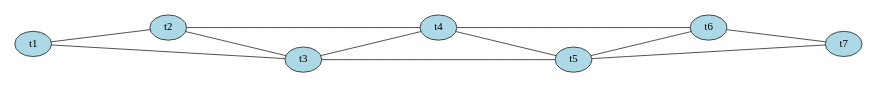
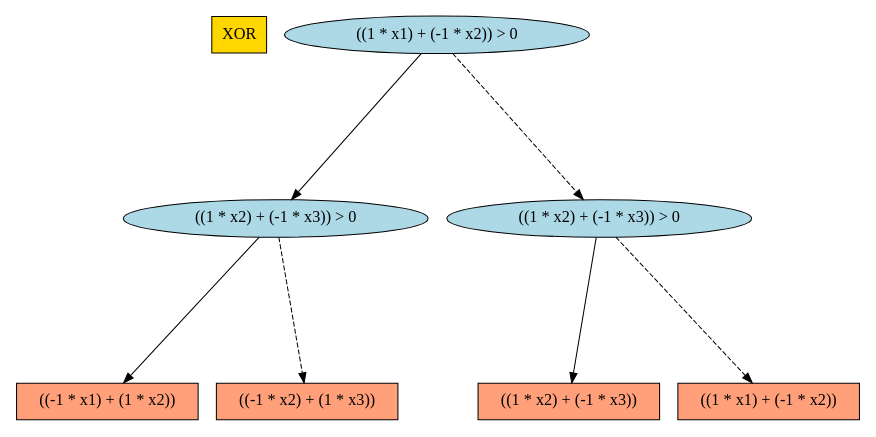
One commit to tonyyezj/xadd-inference changed the diagram in tmp_viewer_file.dot. Above: the diagram before and after it, drawn with Graphviz. The commit also changed 3 other files, not shown here.

```diff
--- a/tmp_viewer_file.dot
+++ b/tmp_viewer_file.dot
@@ -1,24 +1,19 @@
-graph G {
-	graph [overlap=false, fontname=Helvetica, fontsize=16, ratio=auto, size="7.5,10", rankdir=LR, ranksep="2.00"];
+digraph G {
+	graph [fontname=Helvetica, fontsize=16, ratio=auto, size="7.5,10", ranksep="2.00"];
 	node [label="\N", fontsize=16];
-	edge [fontsize=16];
-	graph [bb="0,0,154.51,229.98"];
-	t4 [fillcolor=lightblue, color=black, shape=ellipse, style=filled, pos="42.099,130.79", width="0.75", height="0.51069"];
-	t5 [fillcolor=lightblue, color=black, shape=ellipse, style=filled, pos="89,83.528", width="0.75", height="0.51069"];
-	t6 [fillcolor=lightblue, color=black, shape=ellipse, style=filled, pos="27,63.822", width="0.75", height="0.51069"];
-	t7 [fillcolor=lightblue, color=black, shape=ellipse, style=filled, pos="76.591,18.385", width="0.75", height="0.51069"];
-	t1 [fillcolor=lightblue, color=black, shape=ellipse, style=filled, pos="127.51,211.6", width="0.75", height="0.51069"];
-	t2 [fillcolor=lightblue, color=black, shape=ellipse, style=filled, pos="61.968,196.5", width="0.75", height="0.51069"];
-	t3 [fillcolor=lightblue, color=black, shape=ellipse, style=filled, pos="106.21,148.8", width="0.75", height="0.51069"];
-	t4 -- t5 [pos="57.456,115.32 62.692,110.04 68.542,104.14 73.768,98.877"];
-	t4 -- t6 [pos="37.973,112.49 35.843,103.04 33.251,91.546 31.121,82.1"];
-	t5 -- t6 [pos="64.496,75.74 60.299,74.406 55.935,73.019 51.732,71.683"];
-	t5 -- t7 [pos="85.477,65.035 83.786,56.158 81.766,45.553 80.079,36.699"];
-	t6 -- t7 [pos="43.238,48.944 48.774,43.871 54.96,38.204 60.486,33.141"];
-	t1 -- t2 [pos="101.6,205.63 97.025,204.58 92.257,203.48 87.683,202.42"];
-	t1 -- t3 [pos="121.35,193.43 118.54,185.17 115.24,175.42 112.43,167.14"];
-	t2 -- t4 [pos="56.433,178.2 53.677,169.08 50.355,158.1 47.604,149"];
-	t2 -- t3 [pos="76.453,180.88 81.291,175.66 86.684,169.85 91.536,164.62"];
-	t3 -- t4 [pos="81.237,141.78 76.596,140.48 71.747,139.12 67.105,137.81"];
-	t3 -- t5 [pos="101.41,130.62 99.066,121.71 96.246,111.01 93.886,102.07"];
+	graph [bb="0,0,694,400"];
+	_temp_ [label=XOR, fillcolor=gold1, color=black, shape=box, style=filled, pos="179,381", width="0.75", height="0.5"];
+	25 [label="((1 * x1) + (-1 * x2)) > 0", fillcolor=lightblue, color=black, shape=ellipse, style=filled, pos="346,381", width="3.3935", height="0.51069"];
+	15 [label="((1 * x2) + (-1 * x3)) > 0", fillcolor=lightblue, color=black, shape=ellipse, style=filled, pos="215,199", width="3.3935", height="0.51069"];
+	16 [label="((1 * x2) + (-1 * x3))", fillcolor=lightsalmon, color=black, shape=box, style=filled, pos="454,18", width="2.0556", height="0.5"];
+	17 [label="((1 * x1) + (-1 * x2))", fillcolor=lightsalmon, color=black, shape=box, style=filled, pos="620,18", width="2.0556", height="0.5"];
+	8 [label="((-1 * x1) + (1 * x2))", fillcolor=lightsalmon, color=black, shape=box, style=filled, pos="74,18", width="2.0556", height="0.5"];
+	20 [label="((1 * x2) + (-1 * x3)) > 0", fillcolor=lightblue, color=black, shape=ellipse, style=filled, pos="478,199", width="3.3935", height="0.51069"];
+	10 [label="((-1 * x2) + (1 * x3))", fillcolor=lightsalmon, color=black, shape=box, style=filled, pos="240,18", width="2.0556", height="0.5"];
+	25 -> 15 [color=black, style=solid, pos="e,227.66,217.39 333.2,362.41 309.96,330.47 260.72,262.81 233.7,225.7"];
+	25 -> 20 [color=black, style=dashed, pos="e,465.24,217.39 358.9,362.41 382.32,330.47 431.94,262.81 459.16,225.7"];
+	15 -> 8 [color=black, style=solid, pos="e,87.418,36.035 201.22,180.51 176.14,148.67 122.93,81.121 93.906,44.271"];
+	15 -> 10 [color=black, style=dashed, pos="e,237.62,36.035 217.44,180.51 221.82,149.2 231.01,83.39 236.21,46.163"];
+	20 -> 16 [color=black, style=solid, pos="e,456.28,36.035 475.66,180.51 471.46,149.2 462.63,83.39 457.64,46.163"];
+	20 -> 17 [color=black, style=dashed, pos="e,606.49,36.035 491.87,180.51 517.14,148.67 570.72,81.121 599.95,44.271"];
 }
```
